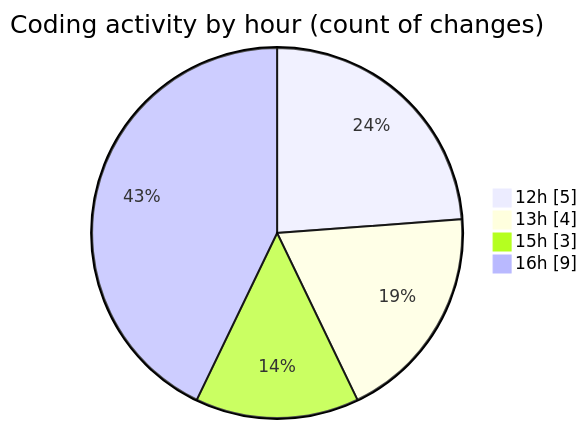
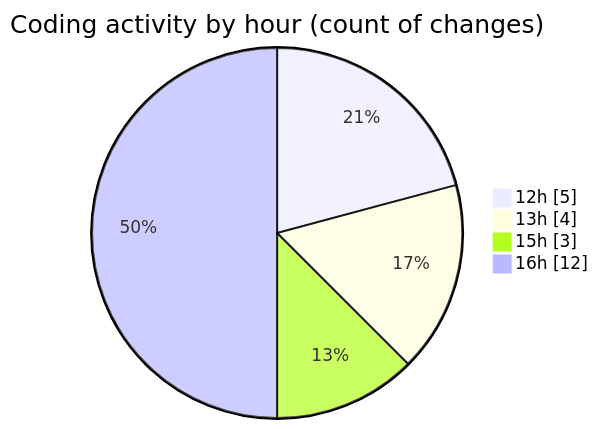
The second of 2 diagrams in 2025-05-09/argos-dev/README.md (nxtqubesakshisongat/code-tracking), drawn with Mermaid before and after one commit. The commit also changed other lines of this file and 1 other file, not shown here.

````diff
--- a/2025-05-09/argos-dev/README.md
+++ b/2025-05-09/argos-dev/README.md
@@ -29,8 +29,8 @@
 ```mermaid
 pie showData
 title Coding activity by hour (count of changes)
 "12h" : 5
 "13h" : 4
 "15h" : 3
-"16h" : 9
+"16h" : 12
 ```
````
